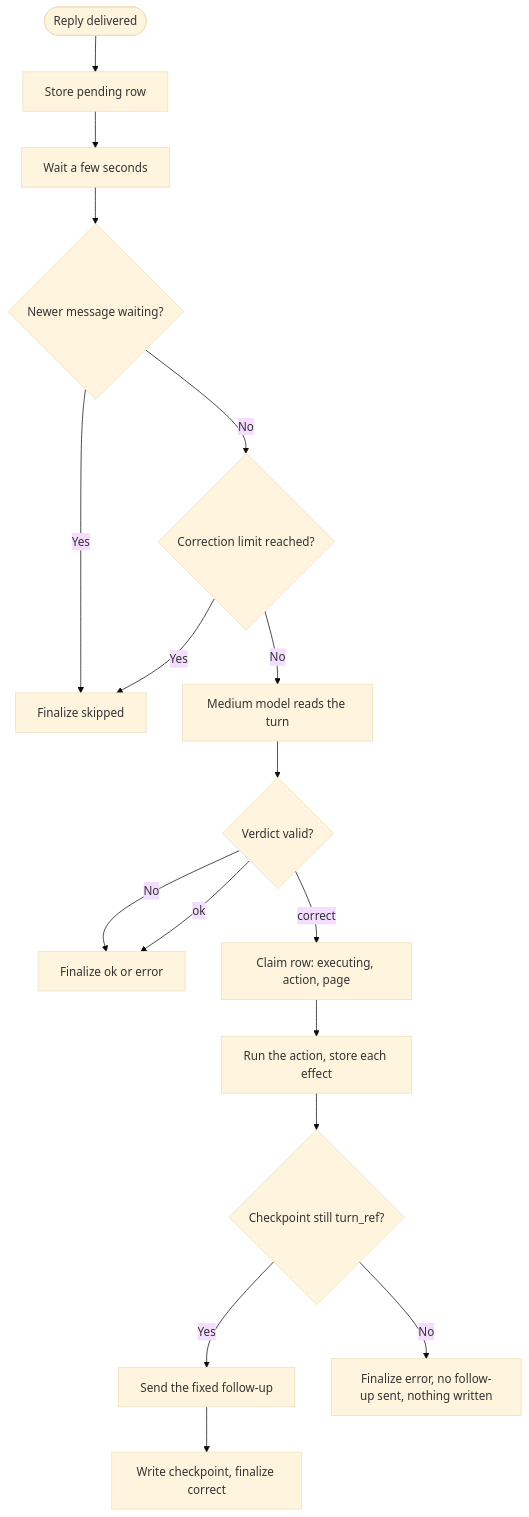
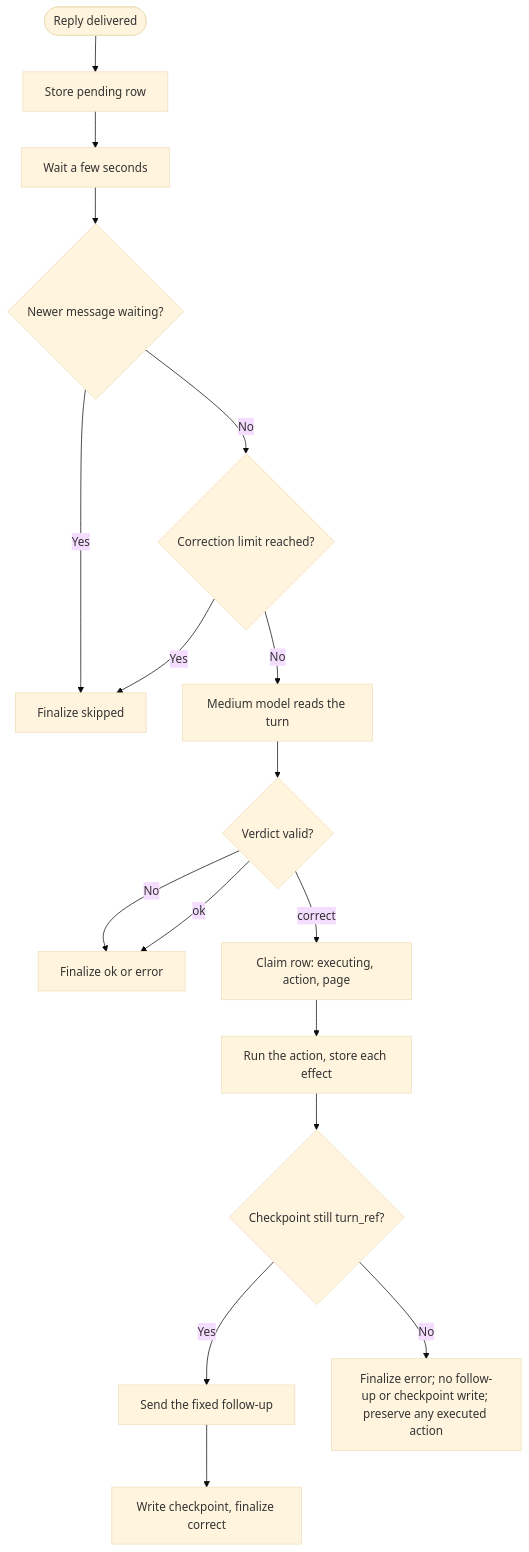
Before and after one commit to NickBorgersProbably/hide-my-list: the diagram in docs/ai-prompts/interaction-review.md, drawn with Mermaid (base theme). The commit also changed 1 other file, not shown here.

Commit message:
review-pipeline-v2: apply fixes for docs/doc-001, docs/doc-002, prompt/prm-001
Addresses blockers requested by the reviewers.

````diff
--- a/docs/ai-prompts/interaction-review.md
+++ b/docs/ai-prompts/interaction-review.md
@@ -69,19 +69,19 @@
 ```mermaid
 flowchart TD
     Sent([Reply delivered]) --> Row[Store pending row]
     Row --> Wait[Wait a few seconds]
     Wait --> Pending{Newer message waiting?}
     Pending -->|Yes| Skip[Finalize skipped]
     Pending -->|No| Limit{Correction limit reached?}
     Limit -->|Yes| Skip
     Limit -->|No| Judge[Medium model reads the turn]
     Judge --> Valid{Verdict valid?}
     Valid -->|No| Final[Finalize ok or error]
     Valid -->|ok| Final
     Valid -->|correct| Claim[Claim row: executing, action, page]
     Claim --> Act[Run the action, store each effect]
     Act --> Current{Checkpoint still turn_ref?}
     Current -->|Yes| Send[Send the fixed follow-up]
     Send --> Write[Write checkpoint, finalize correct]
-    Current -->|No| Stale[Finalize error, no follow-up sent, nothing written]
+    Current -->|No| Stale[Finalize error; no follow-up or checkpoint write; preserve any executed action]
 ```
````
